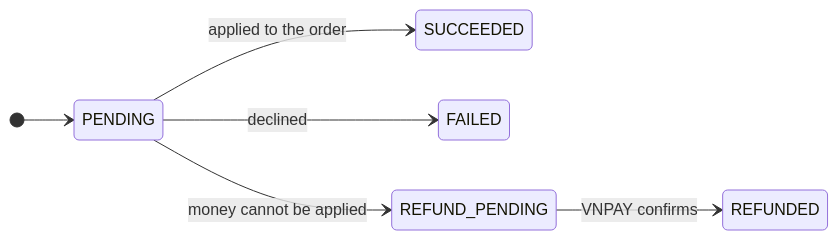
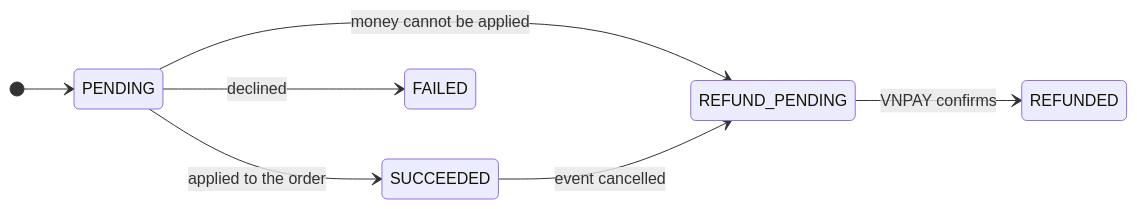
Before and after one commit to tqha1011/BidTix: the ninth of 9 diagrams in README.md, drawn with Mermaid. The commit also changed other lines of this file and 2 other files, not shown here.

Commit message:
docs: describe event cancellation

````diff
--- a/README.md
+++ b/README.md
@@ -305,9 +329,10 @@
 ```mermaid
 stateDiagram-v2
     direction LR
     [*] --> PENDING
     PENDING --> SUCCEEDED: applied to the order
     PENDING --> FAILED: declined
     PENDING --> REFUND_PENDING: money cannot be applied
+    SUCCEEDED --> REFUND_PENDING: event cancelled
     REFUND_PENDING --> REFUNDED: VNPAY confirms
 ```
````
